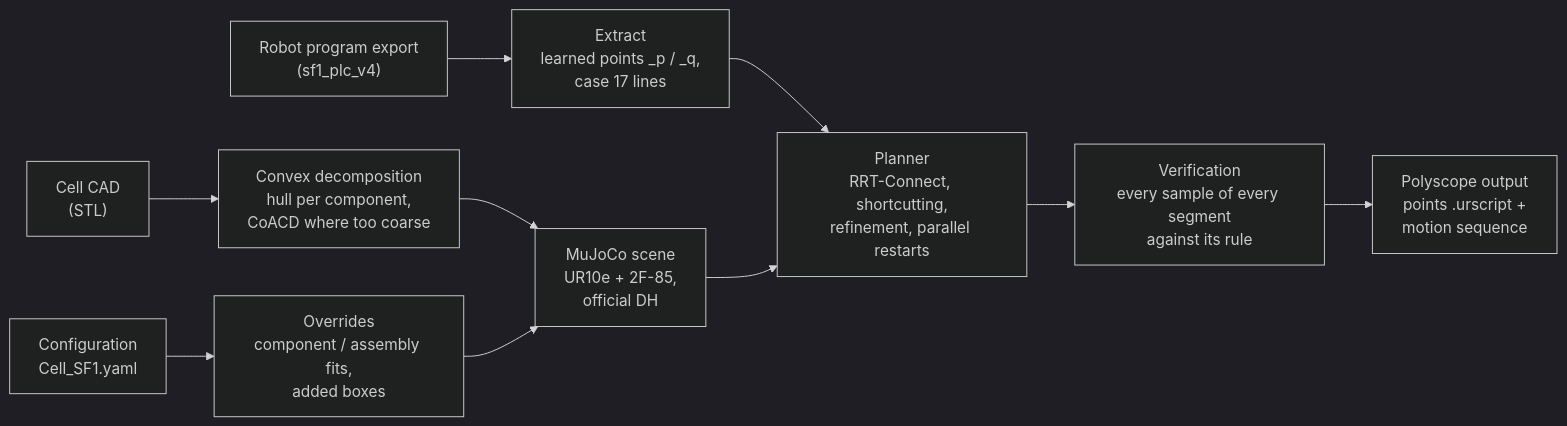
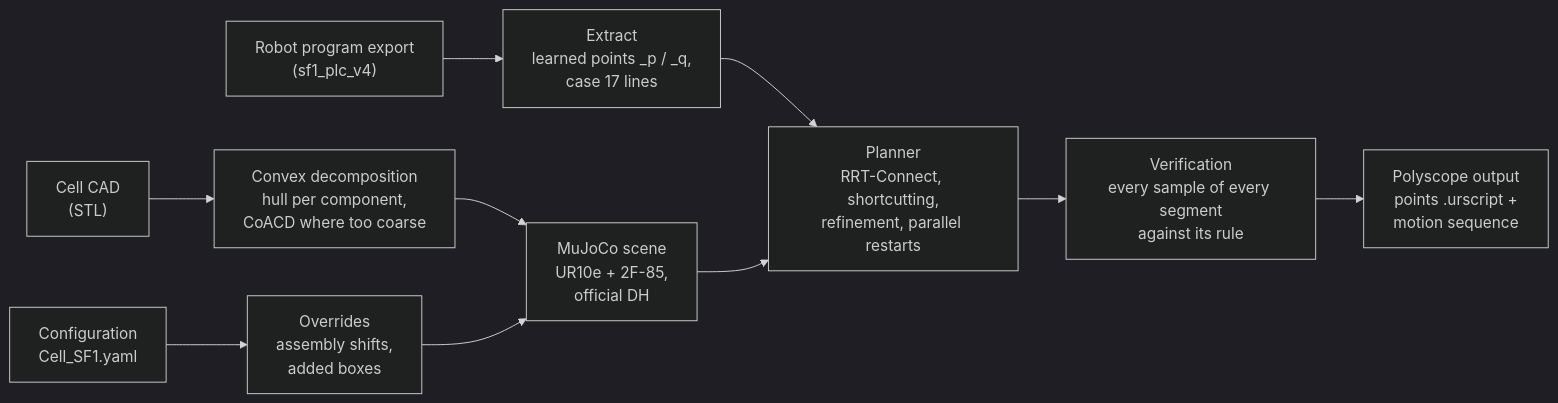
One commit to rparak/UR_PathGen_SF_1 changed the diagram in README.md. Above: the diagram before and after it, drawn with Mermaid (dark theme). The commit also changed other lines of this file and 1 other file, not shown here.

````diff
--- a/README.md
+++ b/README.md
@@ -364,12 +371,12 @@
 ```mermaid
 flowchart LR
     P["Robot program export<br/>(sf1_plc_v4)"] --> X["Extract<br/>learned points _p / _q,<br/>case 17 lines"]
     S["Cell CAD<br/>(STL)"] --> D["Convex decomposition<br/>hull per component,<br/>CoACD where too coarse"]
-    C["Configuration<br/>Cell_SF1.yaml"] --> O["Overrides<br/>component / assembly fits,<br/>added boxes"]
+    C["Configuration<br/>Cell_SF1.yaml"] --> O["Overrides<br/>assembly shifts,<br/>added boxes"]
     D --> M["MuJoCo scene<br/>UR10e + 2F-85,<br/>official DH"]
     O --> M
     X --> L["Planner<br/>RRT-Connect, shortcutting,<br/>refinement, parallel restarts"]
     M --> L
     L --> V["Verification<br/>every sample of every segment<br/>against its rule"]
     V --> U["Polyscope output<br/>points .urscript +<br/>motion sequence"]
 ```
````
